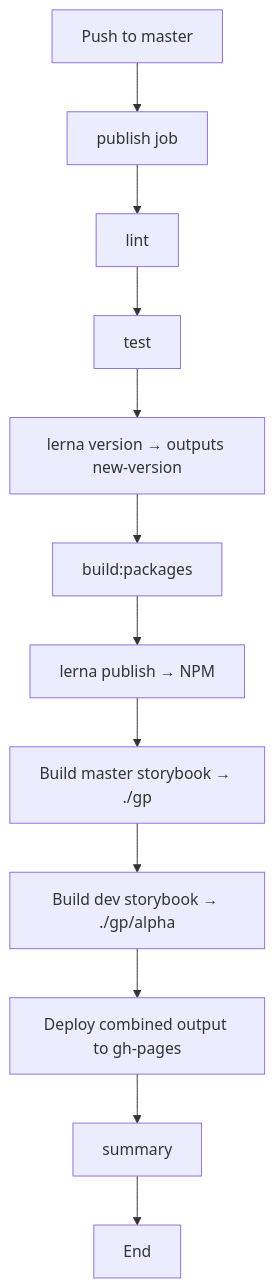
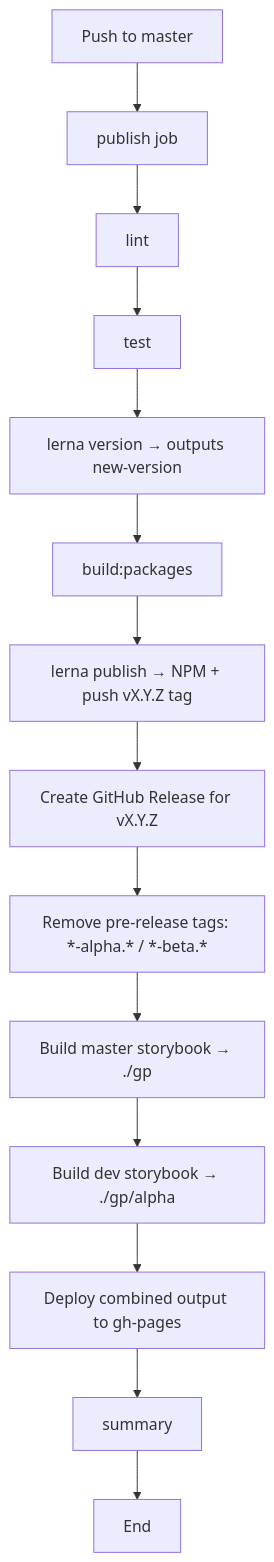
Before and after one commit to kelvininc/ui-components: the third of 4 diagrams in .github/workflows/README.md, drawn with Mermaid. The commit also changed other lines of this file and 1 other file, not shown here.

First line of the commit message:
ci(release): create GitHub release and prune pre-release tags on master

````diff
--- a/.github/workflows/README.md
+++ b/.github/workflows/README.md
@@ -83,14 +83,16 @@
 ```mermaid
 graph TD
     A[Push to master] --> B[publish job]
     B --> C[lint]
     C --> D[test]
     D --> E[lerna version → outputs new-version]
     E --> F[build:packages]
-    F --> G[lerna publish → NPM]
-    G --> H[Build master storybook → ./gp]
-    H --> I[Build dev storybook → ./gp/alpha]
-    I --> J[Deploy combined output to gh-pages]
-    J --> K[summary]
-    K --> L[End]
+    F --> G[lerna publish → NPM + push vX.Y.Z tag]
+    G --> H[Create GitHub Release for vX.Y.Z]
+    H --> I[Remove pre-release tags: *-alpha.* / *-beta.*]
+    I --> J[Build master storybook → ./gp]
+    J --> K[Build dev storybook → ./gp/alpha]
+    K --> L[Deploy combined output to gh-pages]
+    L --> M[summary]
+    M --> N[End]
 ```
````
